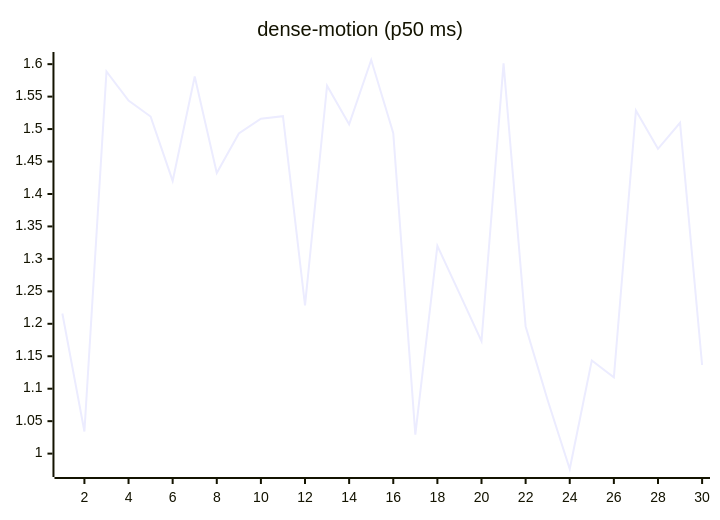
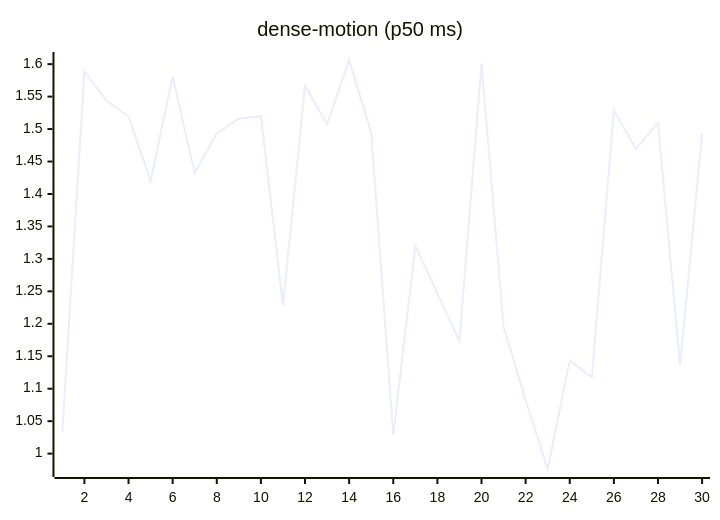
One commit to josha/Facet changed the ninth of 27 diagrams in README.md. Above: the diagram before and after it, drawn with Mermaid. The commit also changed other lines of this file and 2 other files, not shown here.

````diff
--- a/README.md
+++ b/README.md
@@ -119,6 +119,6 @@
 ```mermaid
 xychart-beta
     title "dense-motion (p50 ms)"
     x-axis 1 --> 30
-    line [1.2159, 1.0340, 1.5887, 1.5438, 1.5193, 1.4201, 1.5809, 1.4323, 1.4933, 1.5160, 1.5198, 1.2285, 1.5668, 1.5073, 1.6064, 1.4938, 1.0293, 1.3202, 1.2469, 1.1733, 1.6011, 1.1959, 1.0823, 0.9763, 1.1436, 1.1174, 1.5286, 1.4695, 1.5096, 1.1365]
+    line [1.0340, 1.5887, 1.5438, 1.5193, 1.4201, 1.5809, 1.4323, 1.4933, 1.5160, 1.5198, 1.2285, 1.5668, 1.5073, 1.6064, 1.4938, 1.0293, 1.3202, 1.2469, 1.1733, 1.6011, 1.1959, 1.0823, 0.9763, 1.1436, 1.1174, 1.5286, 1.4695, 1.5096, 1.1365, 1.4939]
 ```
````
